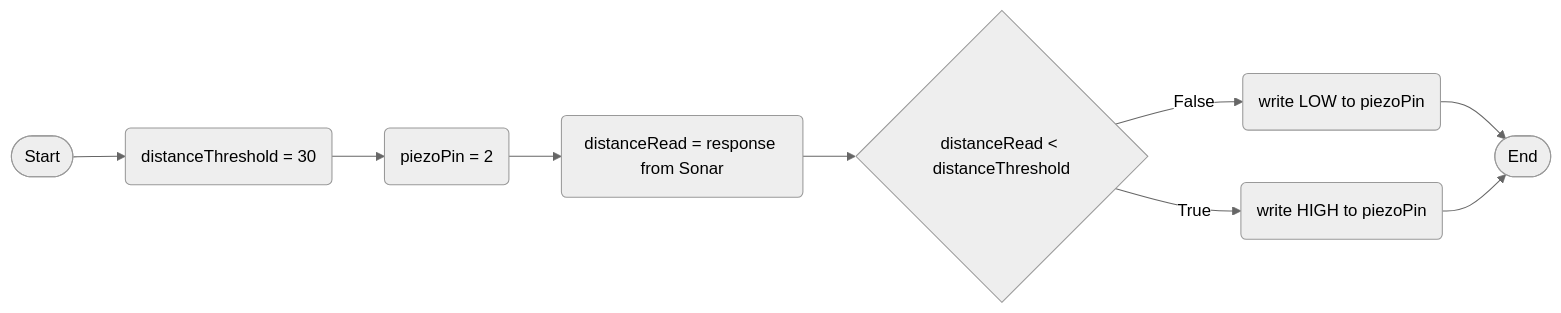
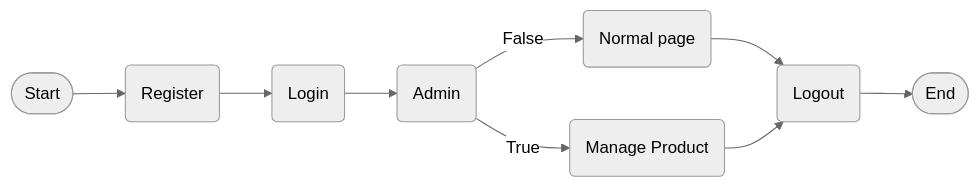
One commit to ItsFranklinMyDudes/php-site-temp changed the third of 3 diagrams in design.md. Above: the diagram before and after it, drawn with Mermaid (neutral theme). The commit also changed other lines of this file, not shown here.

Commit message:
added more to design.md

````diff
--- a/design.md
+++ b/design.md
@@ -53,22 +54,21 @@
 ```mermaid
 flowchart LR
     terminalStart([Start])
     %% Comment
     terminalEnd([End])
-    thresholdSet(distanceThreshold = 30)
-    setPiezoPin(piezoPin = 2)
-    currentDistanceReading(distanceRead = response from Sonar)
-    activatePiezo(write HIGH to piezoPin)
-    deactivatePiezo(write LOW to piezoPin)
-
-    ifDistanceLessThanThreshold{distanceRead < distanceThreshold}
-
+    thresholdSet(Register)
+    setPiezoPin(Login)
+    currentDistanceReading(Logout)
+    activatePiezo(Manage Product)
+    deactivatePiezo(Normal page)
+    ifDistanceLessThanThreshold(Admin)
+    
     terminalStart --> thresholdSet
     thresholdSet --> setPiezoPin
-    setPiezoPin --> currentDistanceReading
-    currentDistanceReading --> ifDistanceLessThanThreshold
+    setPiezoPin --> ifDistanceLessThanThreshold
     ifDistanceLessThanThreshold --> |True| activatePiezo
     ifDistanceLessThanThreshold --> |False| deactivatePiezo
-    deactivatePiezo --> terminalEnd
-    activatePiezo --> terminalEnd
+    deactivatePiezo --> currentDistanceReading
+    activatePiezo --> currentDistanceReading
+    currentDistanceReading --> terminalEnd
 ```
````
